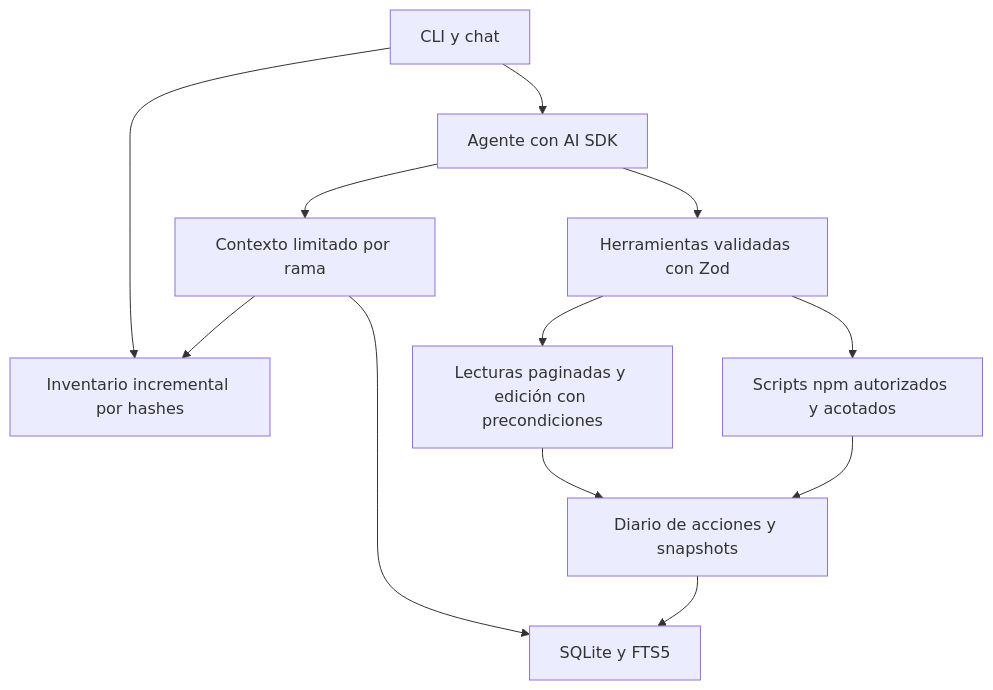
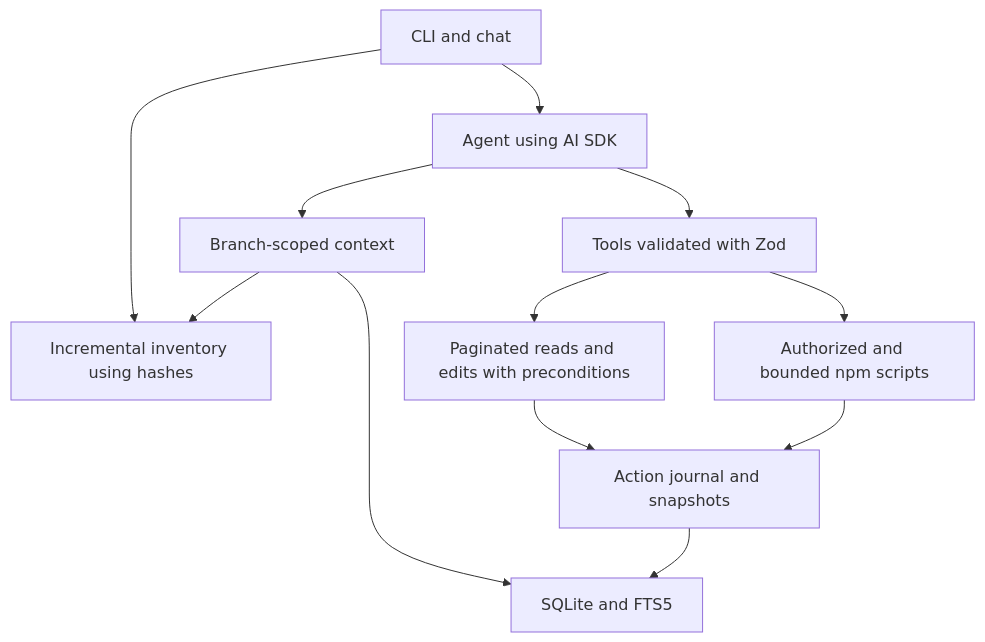
One commit to Mapacheee/vibekeep changed the diagram in docs/architecture.md. Above: the diagram before and after it, drawn with Mermaid. The commit also changed other lines of this file and 8 other files, not shown here.

````diff
--- a/docs/architecture.md
+++ b/docs/architecture.md
@@ -5,14 +5,14 @@
 ```mermaid
 flowchart TD
-  CLI[CLI y chat] --> Repo[Inventario incremental por hashes]
-  CLI --> Agent[Agente con AI SDK]
-  Agent --> Context[Contexto limitado por rama]
-  Context --> Memory[SQLite y FTS5]
+  CLI[CLI and chat] --> Repo[Incremental inventory using hashes]
+  CLI --> Agent[Agent using AI SDK]
+  Agent --> Context[Branch-scoped context]
+  Context --> Memory[SQLite and FTS5]
   Context --> Repo
-  Agent --> Tools[Herramientas validadas con Zod]
-  Tools --> Files[Lecturas paginadas y edición con precondiciones]
-  Tools --> Scripts[Scripts npm autorizados y acotados]
-  Files --> Journal[Diario de acciones y snapshots]
+  Agent --> Tools[Tools validated with Zod]
+  Tools --> Files[Paginated reads and edits with preconditions]
+  Tools --> Scripts[Authorized and bounded npm scripts]
+  Files --> Journal[Action journal and snapshots]
   Scripts --> Journal
   Journal --> Memory
 ```
````
